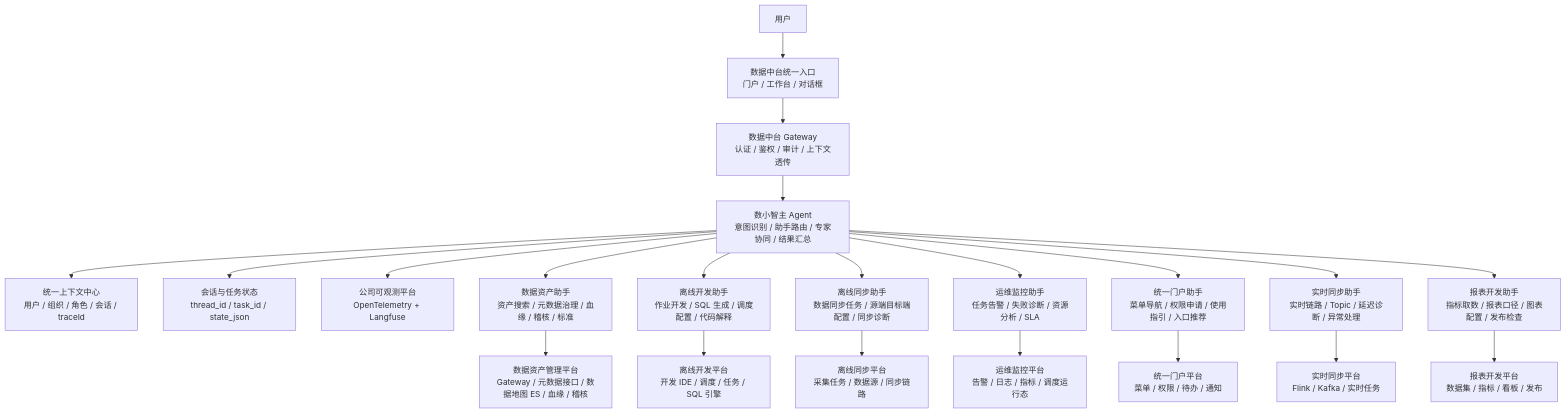
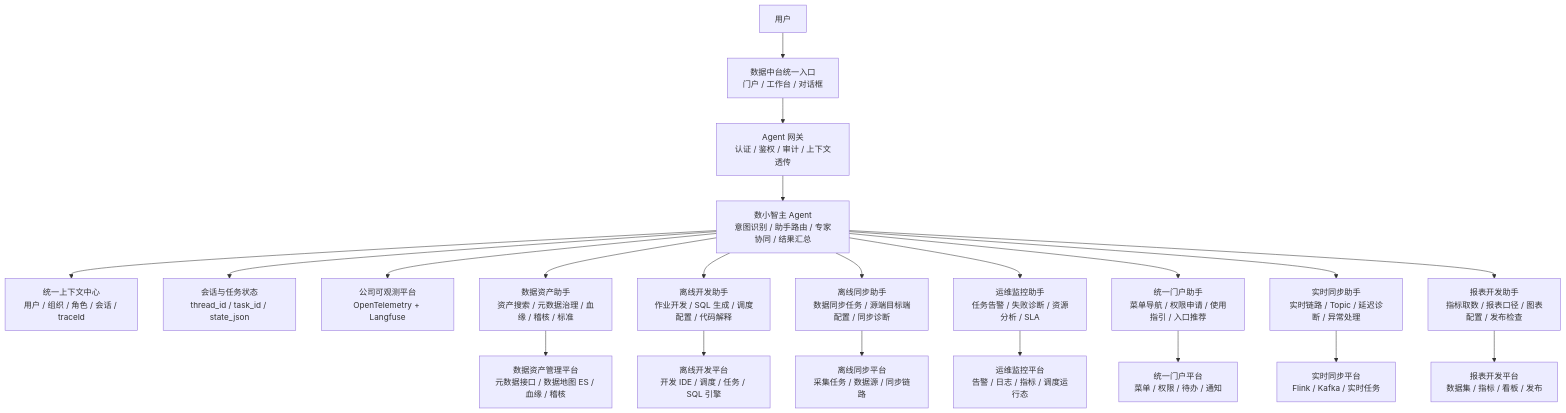
The first of 3 diagrams in 数据资产助手/02-数据资产助手定位与数小智关系.md (ShaneLiu001/dataasset), drawn with Mermaid before and after one commit. The commit also changed other lines of this file and 17 other files, not shown here.

````diff
--- a/数据资产助手/02-数据资产助手定位与数小智关系.md
+++ b/数据资产助手/02-数据资产助手定位与数小智关系.md
@@ -11,26 +11,26 @@
 ```mermaid
 flowchart TB
   User[用户] --> Portal[数据中台统一入口<br/>门户 / 工作台 / 对话框]
-  Portal --> Gateway[数据中台 Gateway<br/>认证 / 鉴权 / 审计 / 上下文透传]
+  Portal --> Gateway[Agent 网关<br/>认证 / 鉴权 / 审计 / 上下文透传]
   Gateway --> Xiaozhi[数小智主 Agent<br/>意图识别 / 助手路由 / 专家协同 / 结果汇总]
 
   Xiaozhi --> Context[统一上下文中心<br/>用户 / 组织 / 角色 / 会话 / traceId]
   Xiaozhi --> Memory[会话与任务状态<br/>thread_id / task_id / state_json]
   Xiaozhi --> Obs[公司可观测平台<br/>OpenTelemetry + Langfuse]
 
   Xiaozhi --> AssetAgent[数据资产助手<br/>资产搜索 / 元数据治理 / 血缘 / 稽核 / 标准]
   Xiaozhi --> OfflineDevAgent[离线开发助手<br/>作业开发 / SQL 生成 / 调度配置 / 代码解释]
   Xiaozhi --> OfflineSyncAgent[离线同步助手<br/>数据同步任务 / 源端目标端配置 / 同步诊断]
   Xiaozhi --> OpsAgent[运维监控助手<br/>任务告警 / 失败诊断 / 资源分析 / SLA]
   Xiaozhi --> PortalAgent[统一门户助手<br/>菜单导航 / 权限申请 / 使用指引 / 入口推荐]
   Xiaozhi --> RealtimeSyncAgent[实时同步助手<br/>实时链路 / Topic / 延迟诊断 / 异常处理]
   Xiaozhi --> ReportAgent[报表开发助手<br/>指标取数 / 报表口径 / 图表配置 / 发布检查]
 
-  AssetAgent --> AssetPlatform[数据资产管理平台<br/>Gateway / 元数据接口 / 数据地图 ES / 血缘 / 稽核]
+  AssetAgent --> AssetPlatform[数据资产管理平台<br/>元数据接口 / 数据地图 ES / 血缘 / 稽核]
   OfflineDevAgent --> OfflineDev[离线开发平台<br/>开发 IDE / 调度 / 任务 / SQL 引擎]
   OfflineSyncAgent --> OfflineSync[离线同步平台<br/>采集任务 / 数据源 / 同步链路]
   OpsAgent --> Ops[运维监控平台<br/>告警 / 日志 / 指标 / 调度运行态]
   PortalAgent --> UnifiedPortal[统一门户平台<br/>菜单 / 权限 / 待办 / 通知]
   RealtimeSyncAgent --> RealtimeSync[实时同步平台<br/>Flink / Kafka / 实时任务]
   ReportAgent --> BI[报表开发平台<br/>数据集 / 指标 / 看板 / 发布]
 ```
````
